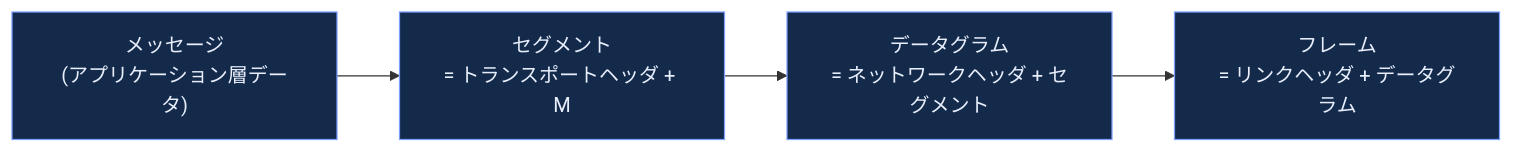
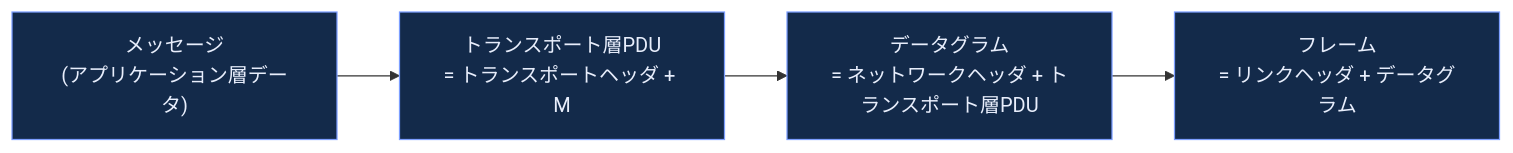
The sixth of 41 diagrams in Computer-networking-topdown-guide.md (myoshi2891/Cloud-Infrastructure-Studies), drawn with Mermaid before and after one commit. The commit also changed other lines of this file, not shown here.

````diff
--- a/Computer-networking-topdown-guide.md
+++ b/Computer-networking-topdown-guide.md
@@ -218,9 +218,9 @@
 ```mermaid
 flowchart LR
-    M["メッセージ<br/>(アプリケーション層データ)"] --> S["セグメント<br/>= トランスポートヘッダ + M"]
-    S --> D["データグラム<br/>= ネットワークヘッダ + セグメント"]
+    M["メッセージ<br/>(アプリケーション層データ)"] --> S["トランスポート層PDU<br/>= トランスポートヘッダ + M"]
+    S --> D["データグラム<br/>= ネットワークヘッダ + トランスポート層PDU"]
     D --> F["フレーム<br/>= リンクヘッダ + データグラム"]
 
     classDef encapFill fill:#132a4a,stroke:#7c9eff,color:#e8eefc
     class M,S,D,F encapFill
 ```
````
